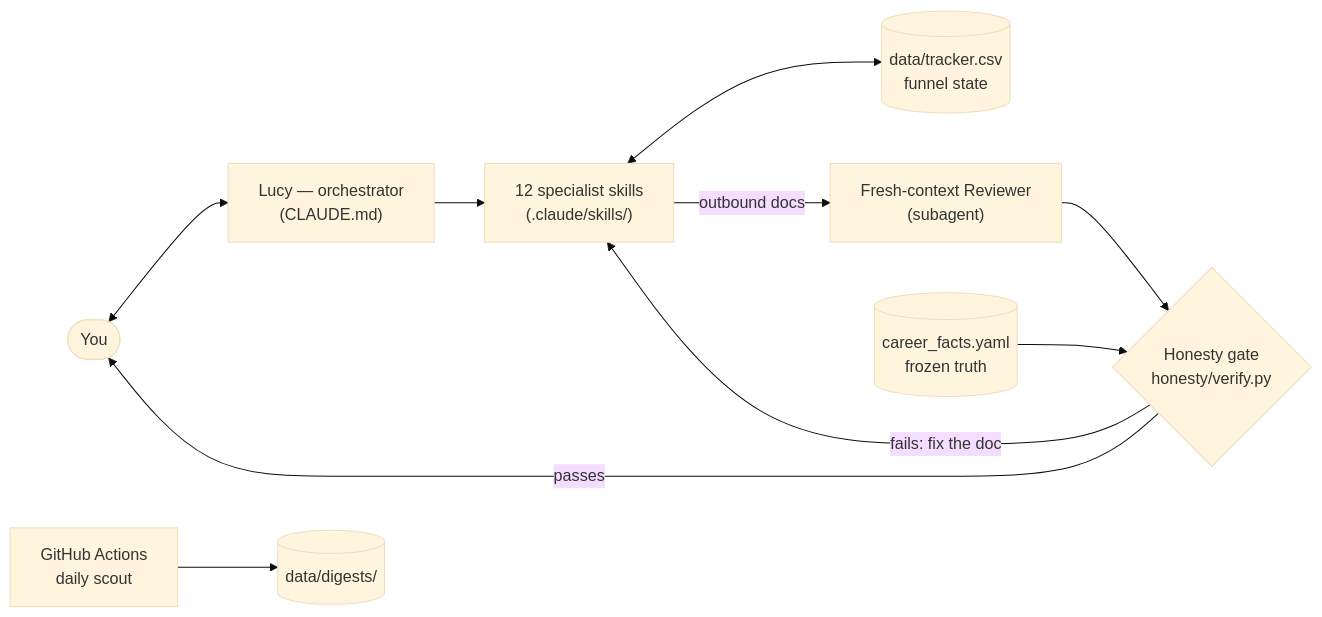
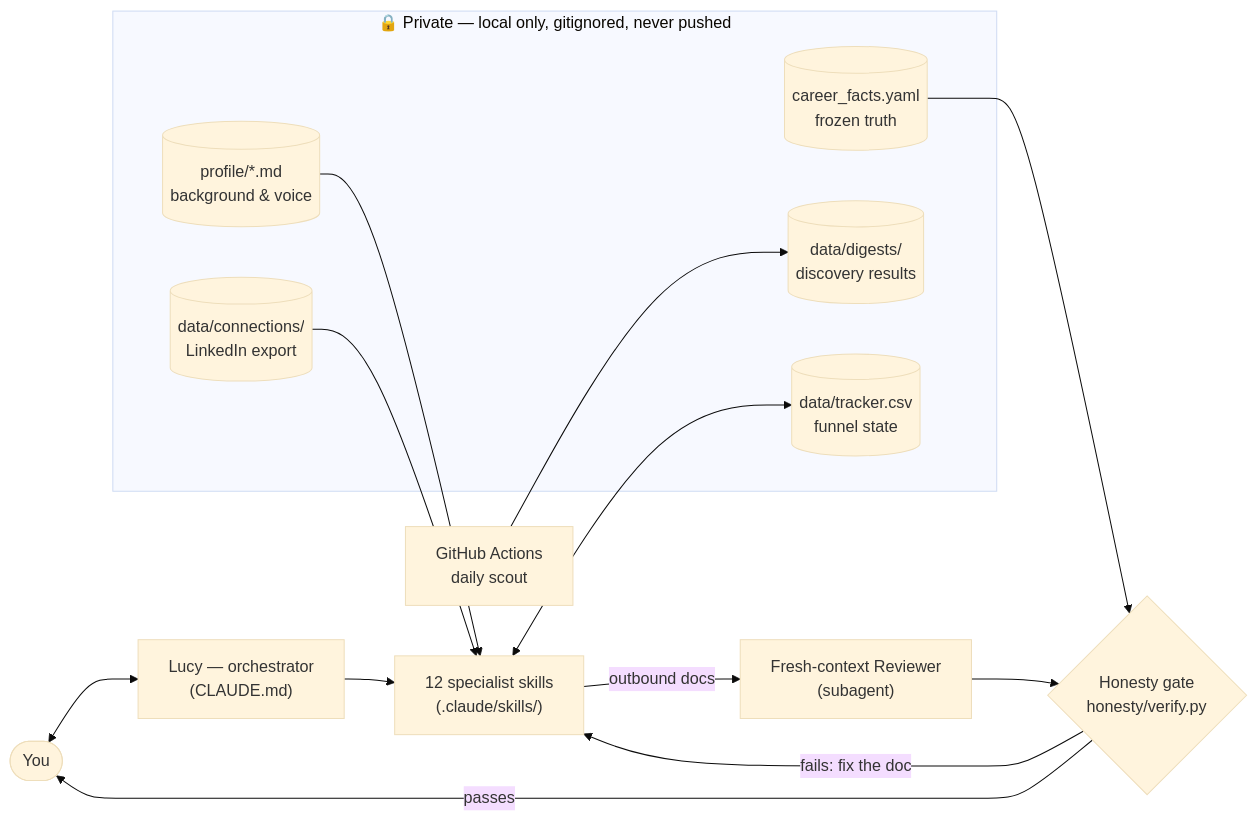
Before and after one commit to HimadriTrying/ai-job-search-agent: the diagram in README.md, drawn with Mermaid (base theme). The commit also changed other lines of this file, not shown here.

Commit message:
Mark private local-only files in the architecture diagram
Groups career_facts.yaml, profile/*.md, tracker, connections export,
and digests in a "private — gitignored" subgraph and notes that only
the *.example templates are public.

Claude-Session: https://claude.ai/code/session_01QQdhReyNcqQKzy5gpSYpag

````diff
--- a/README.md
+++ b/README.md
@@ -107,12 +107,21 @@
 ```mermaid
 flowchart LR
     U([You]) <--> L["Lucy — orchestrator<br/>(CLAUDE.md)"]
     L --> S["12 specialist skills<br/>(.claude/skills/)"]
-    S <--> T[("data/tracker.csv<br/>funnel state")]
+    subgraph P["🔒 Private — local only, gitignored, never pushed"]
+        F[("career_facts.yaml<br/>frozen truth")]
+        B[("profile/*.md<br/>background & voice")]
+        T[("data/tracker.csv<br/>funnel state")]
+        C[("data/connections/<br/>LinkedIn export")]
+        D[("data/digests/<br/>discovery results")]
+    end
+    B --> S
+    C --> S
+    S <--> T
     S -- outbound docs --> R["Fresh-context Reviewer<br/>(subagent)"]
     R --> H{"Honesty gate<br/>honesty/verify.py"}
-    F[("career_facts.yaml<br/>frozen truth")] --> H
+    F --> H
     H -- passes --> U
     H -- fails: fix the doc --> S
-    G["GitHub Actions<br/>daily scout"] --> D[("data/digests/")]
+    G["GitHub Actions<br/>daily scout"] --> D
 ```
````
